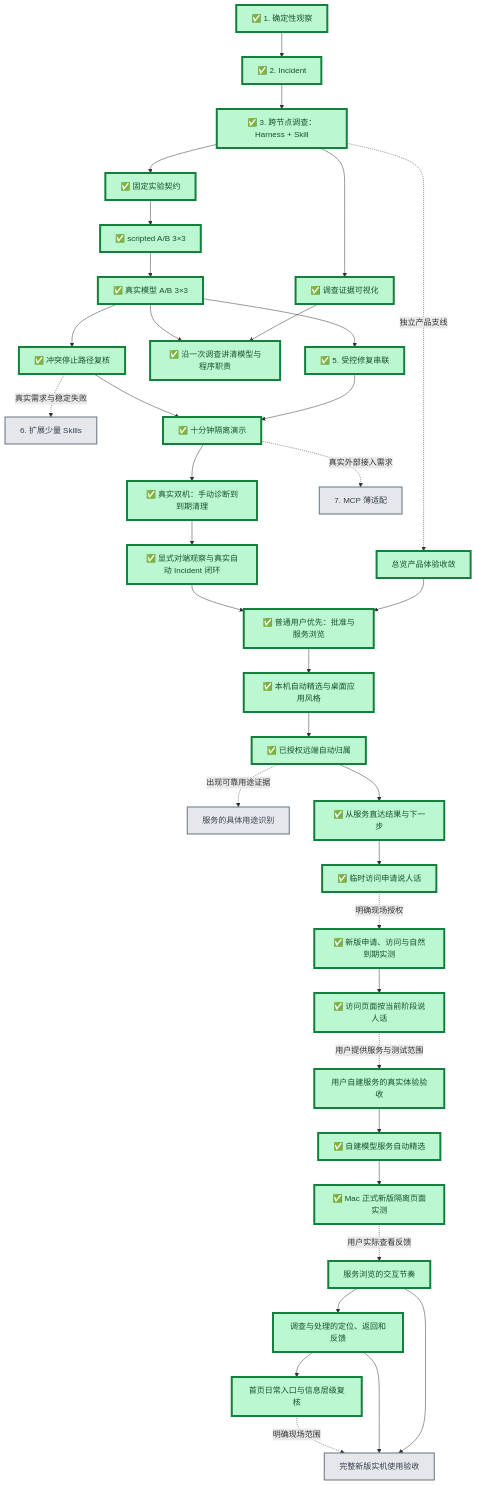
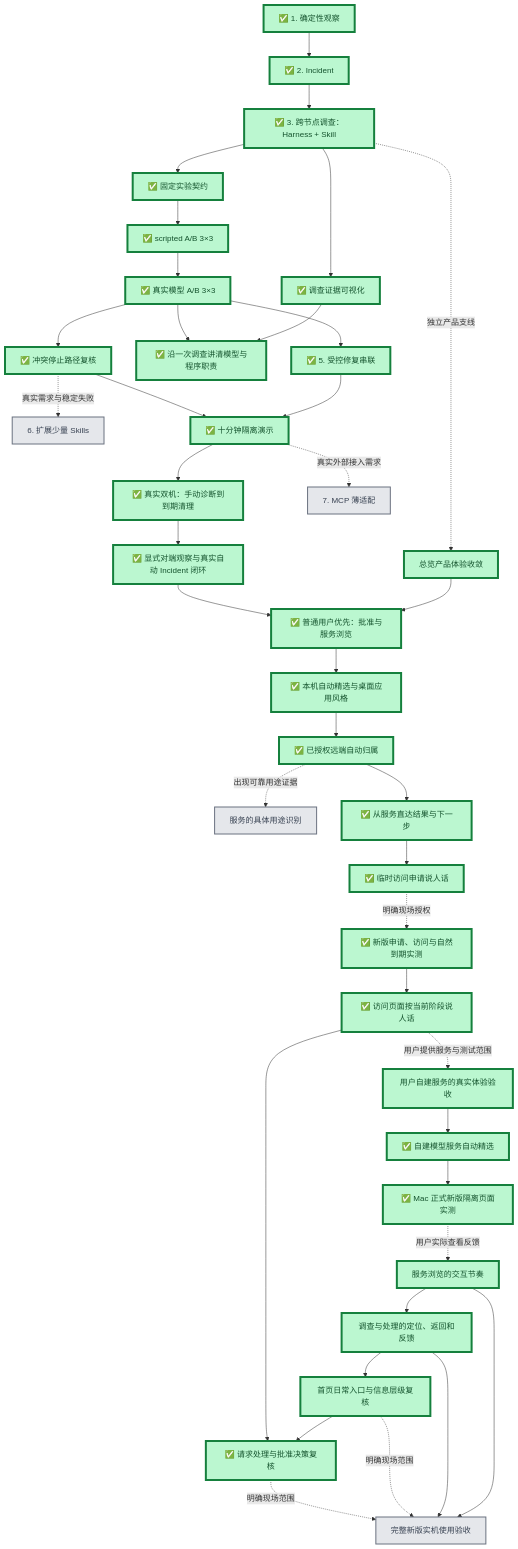
The first of 2 diagrams in docs/project/roadmap.md (Sugarfarmeriod/TunnelMinion), drawn with Mermaid before and after one commit. The commit also changed other lines of this file and 13 other files, not shown here.

````diff
--- a/docs/project/roadmap.md
+++ b/docs/project/roadmap.md
@@ -8,66 +8,70 @@
 ```mermaid
 flowchart TB
     A["✅ 1. 确定性观察"] --> B["✅ 2. Incident"]
     B --> C["✅ 3. 跨节点调查：Harness + Skill"]
 
     C --> D1["✅ 固定实验契约"]
     D1 --> D2["✅ scripted A/B 3×3"]
     D2 --> D3["✅ 真实模型 A/B 3×3"]
 
     D3 --> E["✅ 5. 受控修复串联"]
     C --> V["✅ 调查证据可视化"]
     V --> W["✅ 沿一次调查讲清模型与程序职责"]
     D3 --> W
     D3 --> F["✅ 冲突停止路径复核"]
     F -.真实需求与稳定失败.-> K["6. 扩展少量 Skills"]
     E --> H["✅ 十分钟隔离演示"]
     F --> H
     H --> R["✅ 真实双机：手动诊断到到期清理"]
     R --> I["✅ 显式对端观察与真实自动 Incident 闭环"]
     H -.真实外部接入需求.-> G["7. MCP 薄适配"]
 
     C -.独立产品支线.-> U["总览产品体验收敛"]
     U --> P["✅ 普通用户优先：批准与服务浏览"]
     I --> P
     P --> Q["✅ 本机自动精选与桌面应用风格"]
     Q --> Q2["✅ 已授权远端自动归属"]
     Q2 -.出现可靠用途证据.-> Q3["服务的具体用途识别"]
     Q2 --> Q4["✅ 从服务直达结果与下一步"]
     Q4 --> Q5["✅ 临时访问申请说人话"]
     Q5 -.明确现场授权.-> Q6["✅ 新版申请、访问与自然到期实测"]
     Q6 --> Q7["✅ 访问页面按当前阶段说人话"]
     Q7 -.用户提供服务与测试范围.-> Q8["用户自建服务的真实体验验收"]
     Q8 --> Q9["✅ 自建模型服务自动精选"]
     Q9 --> Q10["✅ Mac 正式新版隔离页面实测"]
     Q10 -.用户实际查看反馈.-> Q11["服务浏览的交互节奏"]
     Q11 --> Q12["调查与处理的定位、返回和反馈"]
     Q12 --> Q13["首页日常入口与信息层级复核"]
+    Q13 --> Q15["✅ 请求处理与批准决策复核"]
+    Q7 --> Q15
     Q11 --> Q14["完整新版实机使用验收"]
     Q12 --> Q14
     Q13 -.明确现场范围.-> Q14
+    Q15 -.明确现场范围.-> Q14
 
     classDef done fill:#bbf7d0,stroke:#15803d,stroke-width:4px,color:#14532d;
     classDef current fill:#fde68a,stroke:#b45309,stroke-width:5px,color:#78350f;
     classDef next fill:#bfdbfe,stroke:#1d4ed8,stroke-width:3px,color:#1e3a8a;
     classDef later fill:#e5e7eb,stroke:#6b7280,stroke-width:2px,color:#374151;
     class A,B,C,D1,D2,D3,E,F,H,R,V done;
     class U done;
     class W done;
     class I done;
     class G,K later;
     class P done;
     class Q done;
     class Q2 done;
     class Q3 later;
     class Q4 done;
     class Q5 done;
     class Q6 done;
     class Q7 done;
     class Q8 done;
     class Q9 done;
     class Q10 done;
     class Q11 done;
     class Q12 done;
     class Q13 done;
     class Q14 later;
+    class Q15 done;
 ```
````
